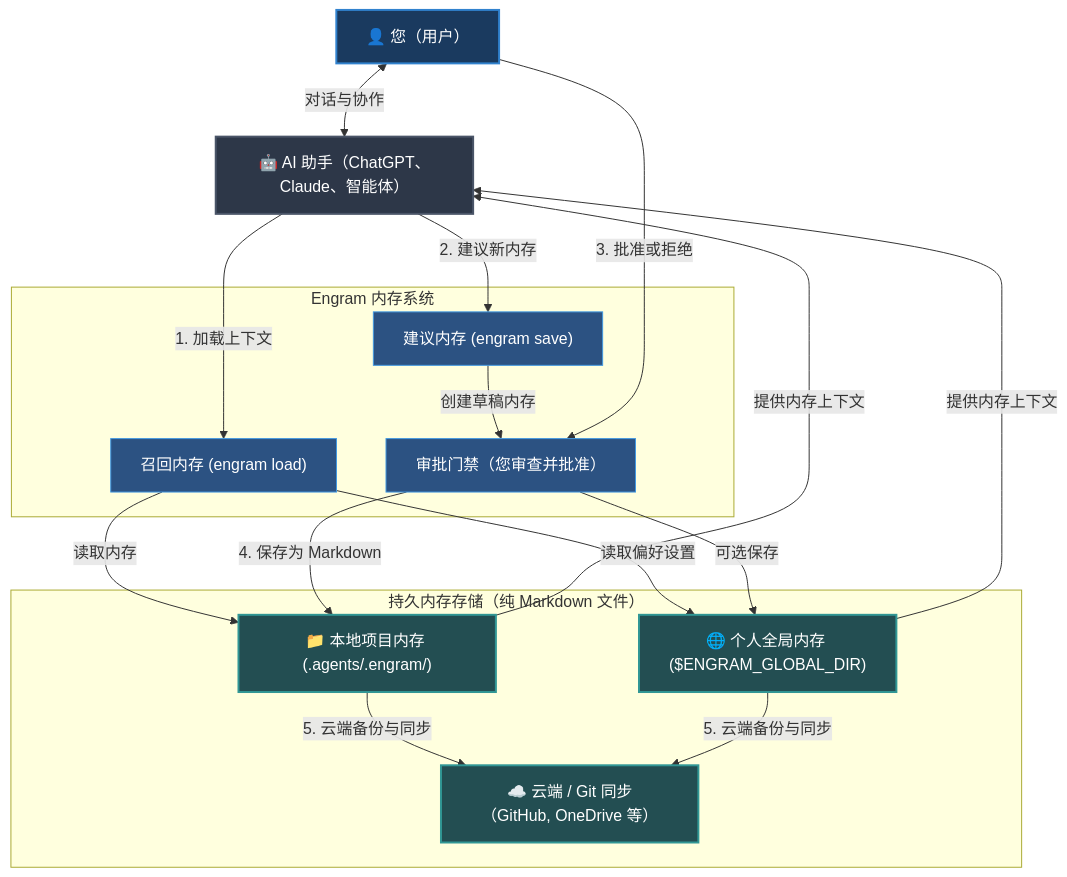
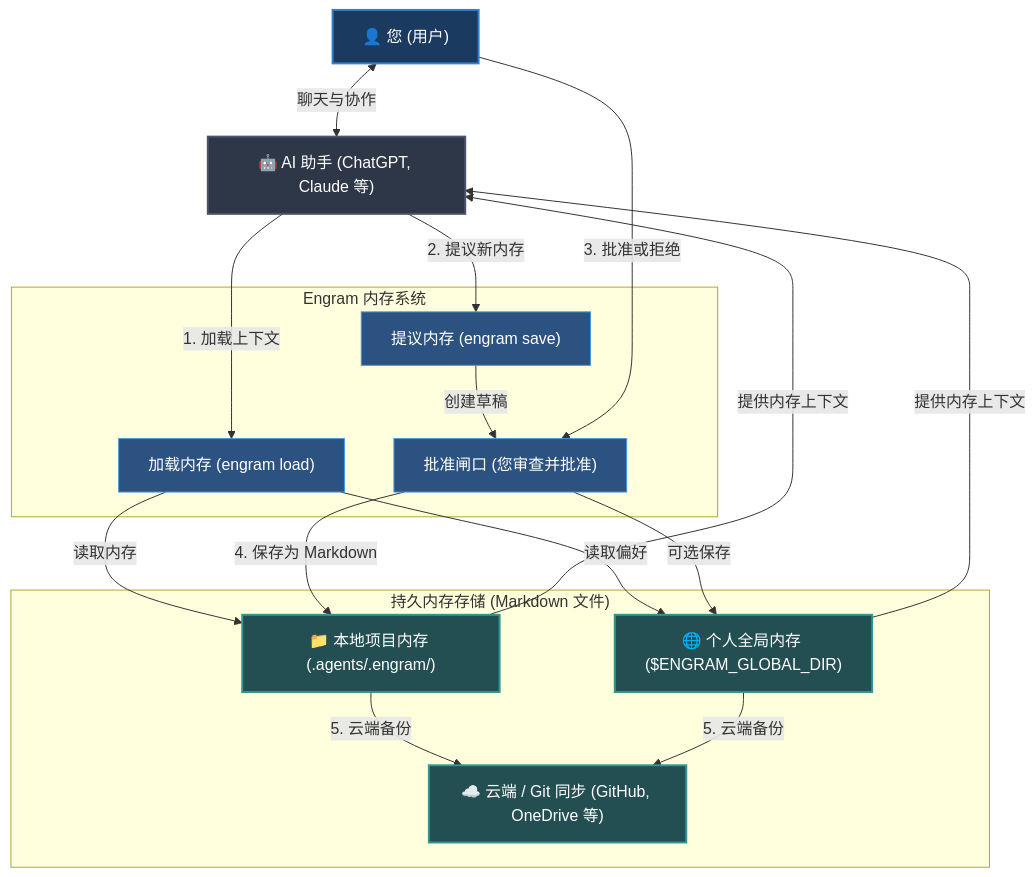
The diagram in documentation/zh/README.md (the-long-ride/engram), drawn with Mermaid before and after one commit. The commit also changed other lines of this file and 15 other files, not shown here.

Commit message:
docs: restructure and simplify README files, update Hermes Agent comparison, and refresh roadmap

````diff
--- a/documentation/zh/README.md
+++ b/documentation/zh/README.md
@@ -35,39 +25,39 @@
 ```mermaid
 graph TD
     %% Styling
     classDef default fill:#111,stroke:#333,stroke-width:1px,color:#fff;
     classDef human fill:#1a3a5f,stroke:#3182ce,stroke-width:2px,color:#fff;
     classDef agent fill:#2d3748,stroke:#4a5568,stroke-width:2px,color:#fff;
     classDef storage fill:#234e52,stroke:#319795,stroke-width:2px,color:#fff;
     classDef action fill:#2c5282,stroke:#4299e1,stroke-width:1px,color:#fff;
 
-    User["👤 您（用户）"]:::human
-    AI["🤖 AI 助手（ChatGPT、Claude、智能体）"]:::agent
+    User["👤 您 (用户)"]:::human
+    AI["🤖 AI 助手 (ChatGPT, Claude 等)"]:::agent
 
     subgraph Engram ["Engram 内存系统"]
-        Load["召回内存 (engram load)"]:::action
-        Propose["建议内存 (engram save)"]:::action
-        Review["审批门禁（您审查并批准）"]:::action
+        Load["加载内存 (engram load)"]:::action
+        Propose["提议内存 (engram save)"]:::action
+        Review["批准闸口 (您审查并批准)"]:::action
     end
 
-    subgraph Storage ["持久内存存储（纯 Markdown 文件）"]
+    subgraph Storage ["持久内存存储 (Markdown 文件)"]
         LocalStore["📁 本地项目内存 (.agents/.engram/)"]:::storage
         GlobalStore["🌐 个人全局内存 ($ENGRAM_GLOBAL_DIR)"]:::storage
-        SyncStore["☁️ 云端 / Git 同步（GitHub, OneDrive 等）"]:::storage
+        SyncStore["☁️ 云端 / Git 同步 (GitHub, OneDrive 等)"]:::storage
     end
 
     %% Interactions
-    User <-->|对话与协作| AI
+    User <-->|聊天与协作| AI
     AI -->|1. 加载上下文| Load
     Load -->|读取内存| LocalStore
-    Load -->|读取偏好设置| GlobalStore
+    Load -->|读取偏好| GlobalStore
     LocalStore & GlobalStore -->|提供内存上下文| AI
 
-    AI -->|2. 建议新内存| Propose
-    Propose -->|创建草稿内存| Review
+    AI -->|2. 提议新内存| Propose
+    Propose -->|创建草稿| Review
     User -->|3. 批准或拒绝| Review
     Review -->|4. 保存为 Markdown| LocalStore
     Review -->|可选保存| GlobalStore
-    LocalStore -->|5. 云端备份与同步| SyncStore
-    GlobalStore -->|5. 云端备份与同步| SyncStore
+    LocalStore -->|5. 云端备份| SyncStore
+    GlobalStore -->|5. 云端备份| SyncStore
 ```
````
